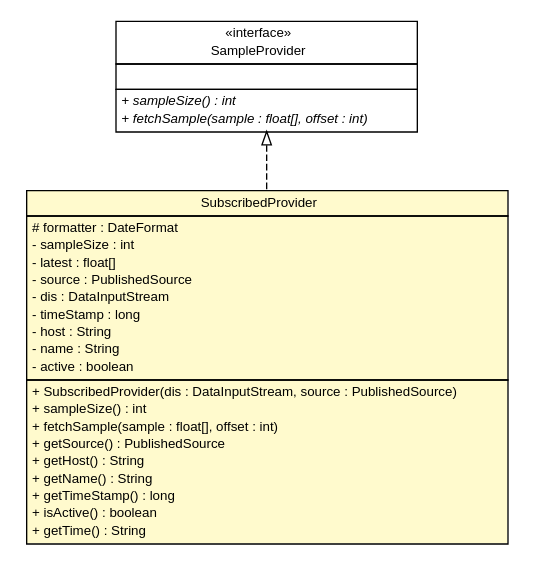
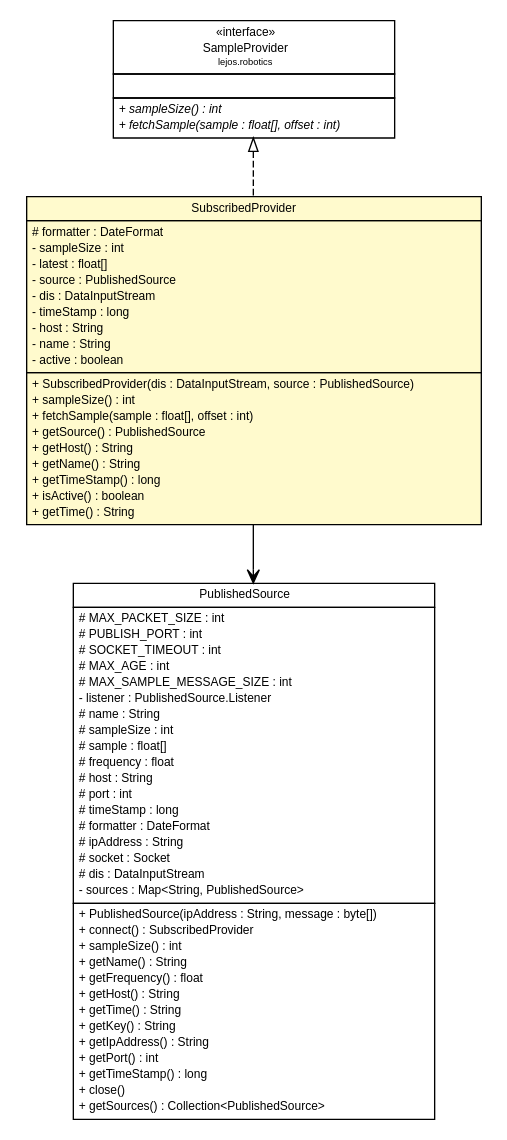
Before and after one commit to ev3dev-lang-java/ev3dev-lang-java: the diagram in docs/api/lejos/robotics/filter/SubscribedProvider.dot, drawn with Graphviz. The commit also changed 413 other files, not shown here.

```diff
--- a/docs/api/lejos/robotics/filter/SubscribedProvider.dot
+++ b/docs/api/lejos/robotics/filter/SubscribedProvider.dot
@@ -1,56 +1,100 @@
 #!/usr/local/bin/dot
 #
 # Class diagram 
 # Generated by UMLGraph version R5_6-24-gf6e263 (http://www.umlgraph.org/)
 #
 
 digraph G {
 	edge [fontname="Helvetica",fontsize=10,labelfontname="Helvetica",labelfontsize=10];
 	node [fontname="Helvetica",fontsize=10,shape=plaintext];
 	nodesep=0.25;
 	ranksep=0.5;
 	// lejos.robotics.SampleProvider
 	c7037 [label=<<table title="lejos.robotics.SampleProvider" border="0" cellborder="1" cellspacing="0" cellpadding="2" port="p" href="../SampleProvider.html">
 		<tr><td><table border="0" cellspacing="0" cellpadding="1">
 <tr><td align="center" balign="center"> &#171;interface&#187; </td></tr>
 <tr><td align="center" balign="center"> SampleProvider </td></tr>
+<tr><td align="center" balign="center"><font point-size="7.0"> lejos.robotics </font></td></tr>
 		</table></td></tr>
 		<tr><td><table border="0" cellspacing="0" cellpadding="1">
 <tr><td align="left" balign="left">  </td></tr>
 		</table></td></tr>
 		<tr><td><table border="0" cellspacing="0" cellpadding="1">
-<tr><td align="left" balign="left"><font face="Helvetica-Oblique" point-size="10.0"> + sampleSize() : int </font></td></tr>
-<tr><td align="left" balign="left"><font face="Helvetica-Oblique" point-size="10.0"> + fetchSample(sample : float[], offset : int) </font></td></tr>
+<tr><td align="left" balign="left"><font face="Helvetica-Oblique" point-size="9.0"> + sampleSize() : int </font></td></tr>
+<tr><td align="left" balign="left"><font face="Helvetica-Oblique" point-size="9.0"> + fetchSample(sample : float[], offset : int) </font></td></tr>
 		</table></td></tr>
-		</table>>, URL="../SampleProvider.html", fontname="Helvetica", fontcolor="black", fontsize=10.0];
+		</table>>, URL="../SampleProvider.html", fontname="Helvetica", fontcolor="black", fontsize=9.0];
+	// lejos.robotics.filter.PublishedSource
+	c7053 [label=<<table title="lejos.robotics.filter.PublishedSource" border="0" cellborder="1" cellspacing="0" cellpadding="2" port="p" href="./PublishedSource.html">
+		<tr><td><table border="0" cellspacing="0" cellpadding="1">
+<tr><td align="center" balign="center"> PublishedSource </td></tr>
+		</table></td></tr>
+		<tr><td><table border="0" cellspacing="0" cellpadding="1">
+<tr><td align="left" balign="left"> # MAX_PACKET_SIZE : int </td></tr>
+<tr><td align="left" balign="left"> # PUBLISH_PORT : int </td></tr>
+<tr><td align="left" balign="left"> # SOCKET_TIMEOUT : int </td></tr>
+<tr><td align="left" balign="left"> # MAX_AGE : int </td></tr>
+<tr><td align="left" balign="left"> # MAX_SAMPLE_MESSAGE_SIZE : int </td></tr>
+<tr><td align="left" balign="left"> - listener : PublishedSource.Listener </td></tr>
+<tr><td align="left" balign="left"> # name : String </td></tr>
+<tr><td align="left" balign="left"> # sampleSize : int </td></tr>
+<tr><td align="left" balign="left"> # sample : float[] </td></tr>
+<tr><td align="left" balign="left"> # frequency : float </td></tr>
+<tr><td align="left" balign="left"> # host : String </td></tr>
+<tr><td align="left" balign="left"> # port : int </td></tr>
+<tr><td align="left" balign="left"> # timeStamp : long </td></tr>
+<tr><td align="left" balign="left"> # formatter : DateFormat </td></tr>
+<tr><td align="left" balign="left"> # ipAddress : String </td></tr>
+<tr><td align="left" balign="left"> # socket : Socket </td></tr>
+<tr><td align="left" balign="left"> # dis : DataInputStream </td></tr>
+<tr><td align="left" balign="left"> - sources : Map&lt;String, PublishedSource&gt; </td></tr>
+		</table></td></tr>
+		<tr><td><table border="0" cellspacing="0" cellpadding="1">
+<tr><td align="left" balign="left"> + PublishedSource(ipAddress : String, message : byte[]) </td></tr>
+<tr><td align="left" balign="left"> + connect() : SubscribedProvider </td></tr>
+<tr><td align="left" balign="left"> + sampleSize() : int </td></tr>
+<tr><td align="left" balign="left"> + getName() : String </td></tr>
+<tr><td align="left" balign="left"> + getFrequency() : float </td></tr>
+<tr><td align="left" balign="left"> + getHost() : String </td></tr>
+<tr><td align="left" balign="left"> + getTime() : String </td></tr>
+<tr><td align="left" balign="left"> + getKey() : String </td></tr>
+<tr><td align="left" balign="left"> + getIpAddress() : String </td></tr>
+<tr><td align="left" balign="left"> + getPort() : int </td></tr>
+<tr><td align="left" balign="left"> + getTimeStamp() : long </td></tr>
+<tr><td align="left" balign="left"> + close() </td></tr>
+<tr><td align="left" balign="left"> + getSources() : Collection&lt;PublishedSource&gt; </td></tr>
+		</table></td></tr>
+		</table>>, URL="./PublishedSource.html", fontname="Helvetica", fontcolor="black", fontsize=9.0];
 	// lejos.robotics.filter.SubscribedProvider
 	c7059 [label=<<table title="lejos.robotics.filter.SubscribedProvider" border="0" cellborder="1" cellspacing="0" cellpadding="2" port="p" bgcolor="lemonChiffon" href="./SubscribedProvider.html">
 		<tr><td><table border="0" cellspacing="0" cellpadding="1">
 <tr><td align="center" balign="center"> SubscribedProvider </td></tr>
 		</table></td></tr>
 		<tr><td><table border="0" cellspacing="0" cellpadding="1">
 <tr><td align="left" balign="left"> # formatter : DateFormat </td></tr>
 <tr><td align="left" balign="left"> - sampleSize : int </td></tr>
 <tr><td align="left" balign="left"> - latest : float[] </td></tr>
 <tr><td align="left" balign="left"> - source : PublishedSource </td></tr>
 <tr><td align="left" balign="left"> - dis : DataInputStream </td></tr>
 <tr><td align="left" balign="left"> - timeStamp : long </td></tr>
 <tr><td align="left" balign="left"> - host : String </td></tr>
 <tr><td align="left" balign="left"> - name : String </td></tr>
 <tr><td align="left" balign="left"> - active : boolean </td></tr>
 		</table></td></tr>
 		<tr><td><table border="0" cellspacing="0" cellpadding="1">
 <tr><td align="left" balign="left"> + SubscribedProvider(dis : DataInputStream, source : PublishedSource) </td></tr>
 <tr><td align="left" balign="left"> + sampleSize() : int </td></tr>
 <tr><td align="left" balign="left"> + fetchSample(sample : float[], offset : int) </td></tr>
 <tr><td align="left" balign="left"> + getSource() : PublishedSource </td></tr>
 <tr><td align="left" balign="left"> + getHost() : String </td></tr>
 <tr><td align="left" balign="left"> + getName() : String </td></tr>
 <tr><td align="left" balign="left"> + getTimeStamp() : long </td></tr>
 <tr><td align="left" balign="left"> + isActive() : boolean </td></tr>
 <tr><td align="left" balign="left"> + getTime() : String </td></tr>
 		</table></td></tr>
-		</table>>, URL="./SubscribedProvider.html", fontname="Helvetica", fontcolor="black", fontsize=10.0];
+		</table>>, URL="./SubscribedProvider.html", fontname="Helvetica", fontcolor="black", fontsize=9.0];
 	//lejos.robotics.filter.SubscribedProvider implements lejos.robotics.SampleProvider
 	c7037:p -> c7059:p [dir=back,arrowtail=empty,style=dashed];
+	// lejos.robotics.filter.SubscribedProvider NAVASSOC lejos.robotics.filter.PublishedSource
+	c7059:p -> c7053:p [taillabel="", label="", headlabel="", fontname="Helvetica", fontcolor="black", fontsize=10.0, color="black", arrowhead=open];
 }
```
